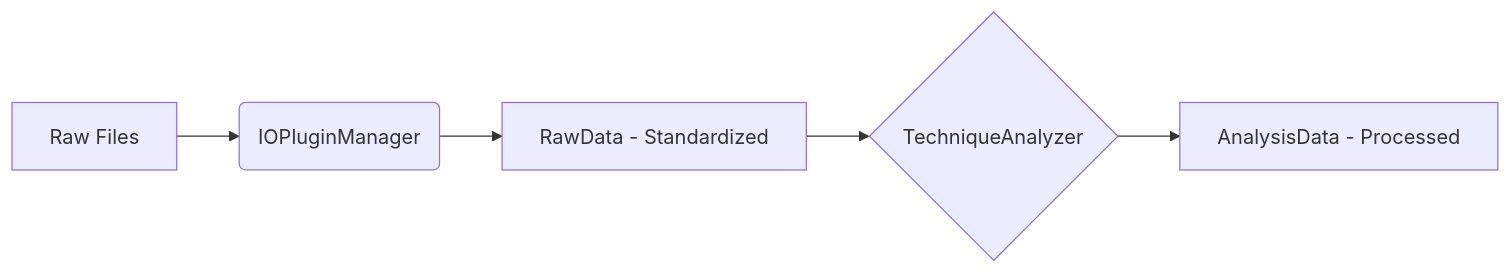
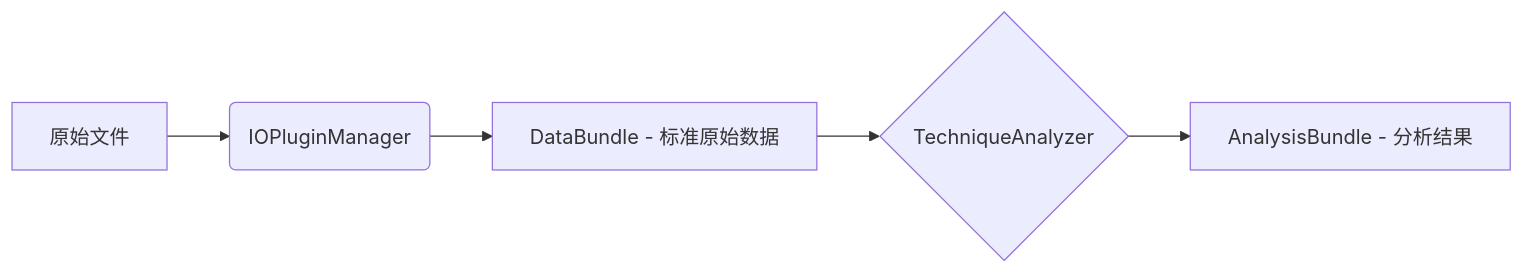
One commit to liuchzzyy/echemistpy-cli changed the diagram in README.md. Above: the diagram before and after it, drawn with Mermaid. The commit also changed other lines of this file and 50 other files, not shown here.

First line of the commit message:
refactor(data): 统一 bundle 接口并内置 echem 读取

````diff
--- a/README.md
+++ b/README.md
@@ -78,7 +78,7 @@
 ```mermaid
 graph LR
-    A[Raw Files] --> B(IOPluginManager)
-    B --> C[RawData - Standardized]
+    A[原始文件] --> B(IOPluginManager)
+    B --> C[DataBundle - 标准原始数据]
     C --> D{TechniqueAnalyzer}
-    D --> E[AnalysisData - Processed]
+    D --> E[AnalysisBundle - 分析结果]
 ```
````
